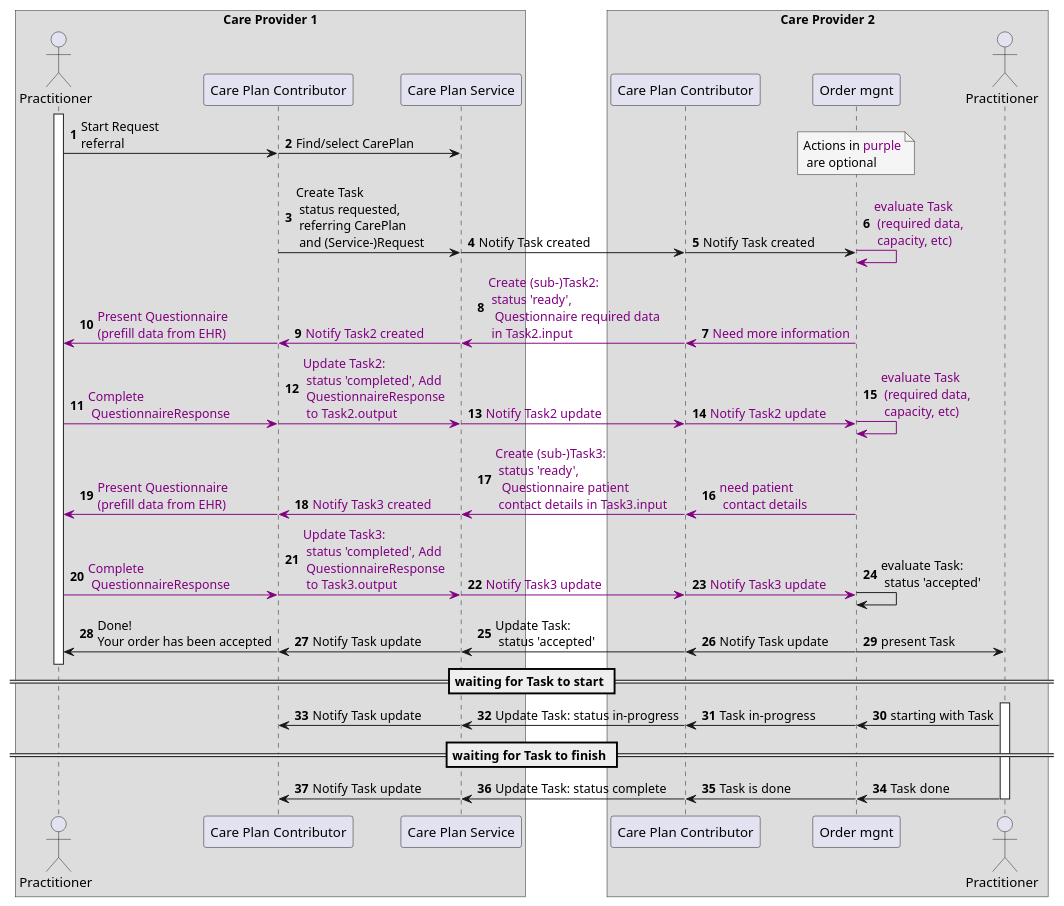
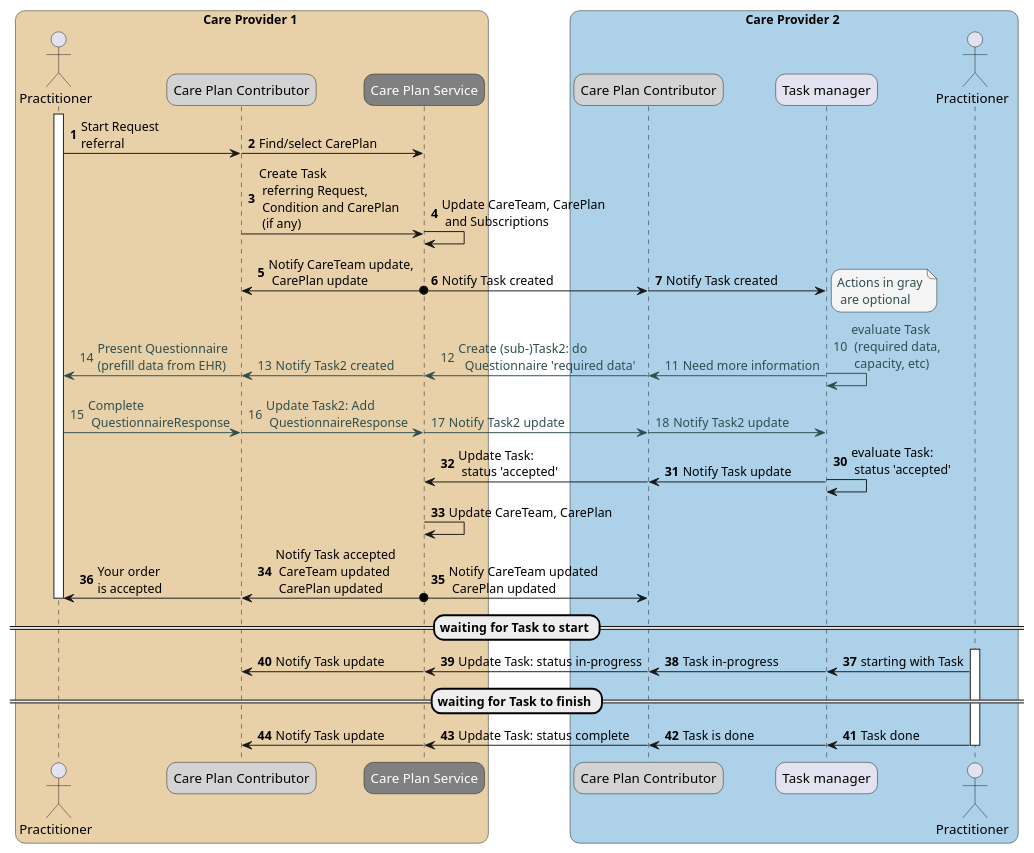
One commit to SanteonNL/shared-care-planning changed the diagram in input/images-source/overview-task-negotiation-1-2.plantuml. Above: the diagram before and after it, drawn with PlantUML. The commit also changed 23 other files, not shown here.

```diff
--- a/input/images-source/overview-task-negotiation-1-2.plantuml
+++ b/input/images-source/overview-task-negotiation-1-2.plantuml
@@ -1,71 +1,82 @@
 @startuml overview-task-negotiation-1-2
-autonumber
+
+skinparam roundcorner 20
+skinparam defaultFontName Arial 
+
+
 !pragma teoz true
 
-box Care Provider 1
+box Care Provider 1 #e8d0a9
     actor "Practitioner" as Practitioner1
-    participant "Care Plan Contributor" as CPC1
-    participant "Care Plan Service" as CPS
+    participant "Care Plan Contributor" as CPC1 #LightGray
+    participant "<font color=white>Care Plan Service" as CPS #Gray
 end box
-box Care Provider 2
-     participant "Care Plan Contributor" as CPC2
-    participant "Order mgnt" as EHR2
+box Care Provider 2 #acd1e9
+     participant "Care Plan Contributor" as CPC2 #LightGray
+    participant "Task manager" as EHR2
     actor "Practitioner" as Practitioner2
 end box
 
 activate Practitioner1
+autonumber
 Practitioner1 -> CPC1 : Start Request\nreferral
 & CPC1 -> CPS : Find/select CarePlan
-& note over EHR2 #WhiteSmoke
-Actions in <color #purple>purple
- are optional
+
+CPC1 -> CPS : Create Task\n referring Request,\n Condition and CarePlan\n (if any)
+& CPS -> CPS  : Update CareTeam, CarePlan\n and Subscriptions
+CPS o-> CPC1 : Notify CareTeam update,\n CarePlan update
+& CPS o-> CPC2  : Notify Task created
+& CPC2 -> EHR2  : Notify Task created
+& note right EHR2 #WhiteSmoke
+<color #DarkSlateGray>Actions in gray
+ <color #DarkSlateGray>are optional
 end note
-CPC1 -> CPS : Create Task\n status requested,\n referring CarePlan\n and (Service-)Request
-& CPS -> CPC2  : Notify Task created
-& CPC2 -> EHR2  : Notify Task created
-& EHR2 -[#purple]> EHR2 : <color #purple>evaluate Task\n <color #purple>(required data,\n <color #purple>capacity, etc)
 
+autonumber 10 "<font color=DarkSlateGray>0"
+ EHR2 -[#DarkSlateGray]> EHR2 : <color #DarkSlateGray>evaluate Task\n <color #DarkSlateGray>(required data,\n <color #DarkSlateGray>capacity, etc)
+&EHR2 -[#DarkSlateGray]> CPC2 : <color #DarkSlateGray>Need more information
+& CPC2 -[#DarkSlateGray]> CPS  : <color #DarkSlateGray>Create (sub-)Task2: do\n <color #DarkSlateGray> Questionnaire 'required data'
+& CPS -[#DarkSlateGray]> CPC1 : <color #DarkSlateGray>Notify Task2 created
+& CPC1 -[#DarkSlateGray]> Practitioner1 : <color #DarkSlateGray>Present Questionnaire\n<color #DarkSlateGray>(prefill data from EHR)
 
-EHR2 -[#purple]> CPC2 : <color #purple>Need more information
-& CPC2 -[#purple]> CPS  : <color #purple>Create (sub-)Task2:\n <color #purple>status 'ready',\n <color #purple> Questionnaire required data\n <color #purple>in Task2.input
-& CPS -[#purple]> CPC1 : <color #purple>Notify Task2 created
-& CPC1 -[#purple]> Practitioner1 : <color #purple>Present Questionnaire\n<color #purple>(prefill data from EHR)
+Practitioner1 -[#DarkSlateGray]> CPC1 : <color #DarkSlateGray>Complete\n <color #DarkSlateGray>QuestionnaireResponse
+& CPC1 -[#DarkSlateGray]> CPS : <color #DarkSlateGray>Update Task2: Add\n <color #DarkSlateGray>QuestionnaireResponse
+& CPS -[#DarkSlateGray]> CPC2 : <color #DarkSlateGray>Notify Task2 update
+& CPC2 -[#DarkSlateGray]> EHR2 : <color #DarkSlateGray>Notify Task2 update
 
-Practitioner1 -[#purple]> CPC1 : <color #purple>Complete\n <color #purple>QuestionnaireResponse
-& CPC1 -[#purple]> CPS : <color #purple>Update Task2: \n <color #purple>status 'completed', Add\n <color #purple>QuestionnaireResponse\n <color #purple>to Task2.output
-& CPS -[#purple]> CPC2 : <color #purple>Notify Task2 update
-& CPC2 -[#purple]> EHR2 : <color #purple>Notify Task2 update
-& EHR2 -[#purple]> EHR2 : <color #purple>evaluate Task\n <color #purple>(required data,\n <color #purple>capacity, etc)
+' autonumber 20 "<font color=DarkSlateGray>0"
+' EHR2 -[#DarkSlateGray]> EHR2 : <color #DarkSlateGray>evaluate Task\n <color #DarkSlateGray>(required data,\n <color #DarkSlateGray>capacity, etc)
+' & EHR2 -[#DarkSlateGray]> CPC2 : <color #DarkSlateGray>need patient\n <color #DarkSlateGray>contact details
+' & CPC2 -[#DarkSlateGray]> CPS : <color #DarkSlateGray>Create (sub-)Task3: \n <color #DarkSlateGray>status 'ready',\n <color #DarkSlateGray> Questionnaire patient\n <color #DarkSlateGray>contact details in Task3.input
+' & CPS -[#DarkSlateGray]> CPC1 :<color #DarkSlateGray>Notify Task3 created
+' & CPC1 -[#DarkSlateGray]> Practitioner1 : <color #DarkSlateGray>Present Questionnaire\n<color #DarkSlateGray>(prefill data from EHR)
 
-EHR2 -[#purple]> CPC2 : <color #purple>need patient\n <color #purple>contact details
-& CPC2 -[#purple]> CPS : <color #purple>Create (sub-)Task3: \n <color #purple>status 'ready',\n <color #purple> Questionnaire patient\n <color #purple>contact details in Task3.input
-& CPS -[#purple]> CPC1 :<color #purple>Notify Task3 created
-& CPC1 -[#purple]> Practitioner1 : <color #purple>Present Questionnaire\n<color #purple>(prefill data from EHR)
+' Practitioner1 -[#DarkSlateGray]> CPC1 : <color #DarkSlateGray>Complete\n <color #DarkSlateGray>QuestionnaireResponse
+' & CPC1 -[#DarkSlateGray]> CPS : <color #DarkSlateGray>Update Task3: \n <color #DarkSlateGray>status 'completed', Add\n <color #DarkSlateGray>QuestionnaireResponse\n <color #DarkSlateGray>to Task3.output
+' & CPS -[#DarkSlateGray]> CPC2 : <color #DarkSlateGray>Notify Task3 update
+' & CPC2 -[#DarkSlateGray]> EHR2 : <color #DarkSlateGray>Notify Task3 update
 
-Practitioner1 -[#purple]> CPC1 : <color #purple>Complete\n <color #purple>QuestionnaireResponse
-& CPC1 -[#purple]> CPS : <color #purple>Update Task3: \n <color #purple>status 'completed', Add\n <color #purple>QuestionnaireResponse\n <color #purple>to Task3.output
-& CPS -[#purple]> CPC2 : <color #purple>Notify Task3 update
-& CPC2 -[#purple]> EHR2 : <color #purple>Notify Task3 update
-& EHR2 -> EHR2 : evaluate Task:\n status 'accepted'
-
-CPC2 -> CPS : Update Task: \n status 'accepted'
+autonumber 30
+EHR2 -> EHR2 : evaluate Task:\n status 'accepted'
 & EHR2 -> CPC2 : Notify Task update
-& CPS -> CPC1 : Notify Task update
-& CPC1 -> Practitioner1 : Done!\nYour order has been accepted
-& EHR2 -> Practitioner2 : present Task
+& CPC2 -> CPS : Update Task: \n status 'accepted'
+CPS -> CPS  : Update CareTeam, CarePlan
+CPS o-> CPC1 :Notify Task accepted\n CareTeam updated\n CarePlan updated
+& CPS o-> CPC2 :Notify CareTeam updated\n CarePlan updated
+& CPC1 -> Practitioner1 : Your order \nis accepted
 deactivate Practitioner1
 
 == waiting for Task to start ==
 activate Practitioner2
 Practitioner2 -> EHR2 : starting with Task
 & EHR2 -> CPC2 : Task in-progress
 & CPC2 -> CPS : Update Task: status in-progress
 & CPS -> CPC1 : Notify Task update
 
 == waiting for Task to finish ==
 Practitioner2 -> EHR2 : Task done
 & EHR2 -> CPC2 : Task is done
 & CPC2 -> CPS : Update Task: status complete
 & CPS -> CPC1 : Notify Task update
 deactivate Practitioner2
 @enduml
```
